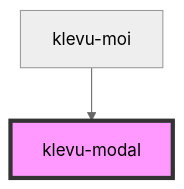
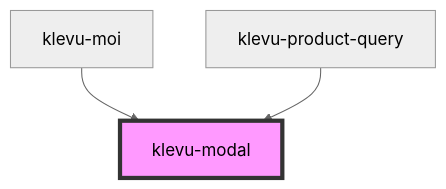
Before and after one commit to klevultd/frontend-sdk: the diagram in packages/klevu-ui/src/components/klevu-modal/readme.md, drawn with Mermaid (neutral theme). The commit also changed other lines of this file and 12 other files, not shown here.

````diff
--- a/packages/klevu-ui/src/components/klevu-modal/readme.md
+++ b/packages/klevu-ui/src/components/klevu-modal/readme.md
@@ -56,5 +57,6 @@
 ```mermaid
 graph TD;
   klevu-moi --> klevu-modal
+  klevu-product-query --> klevu-modal
   style klevu-modal fill:#f9f,stroke:#333,stroke-width:4px
 ```
````
